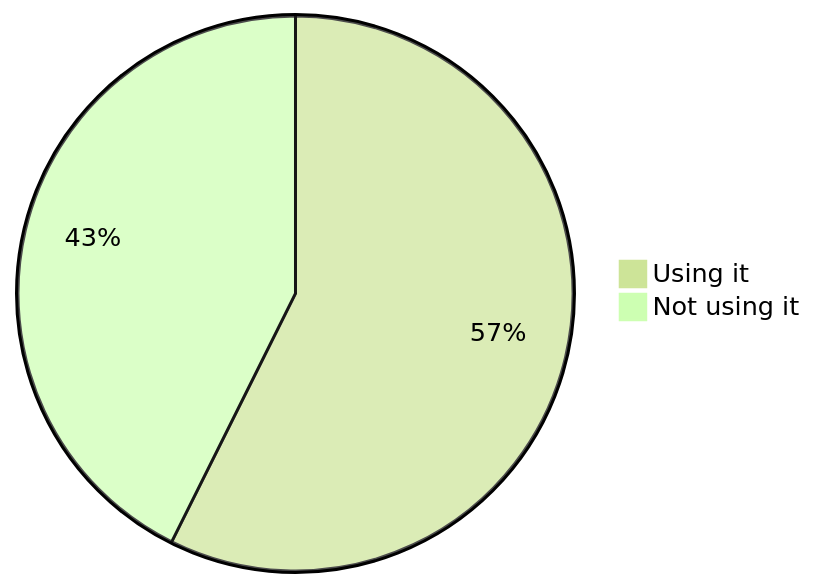
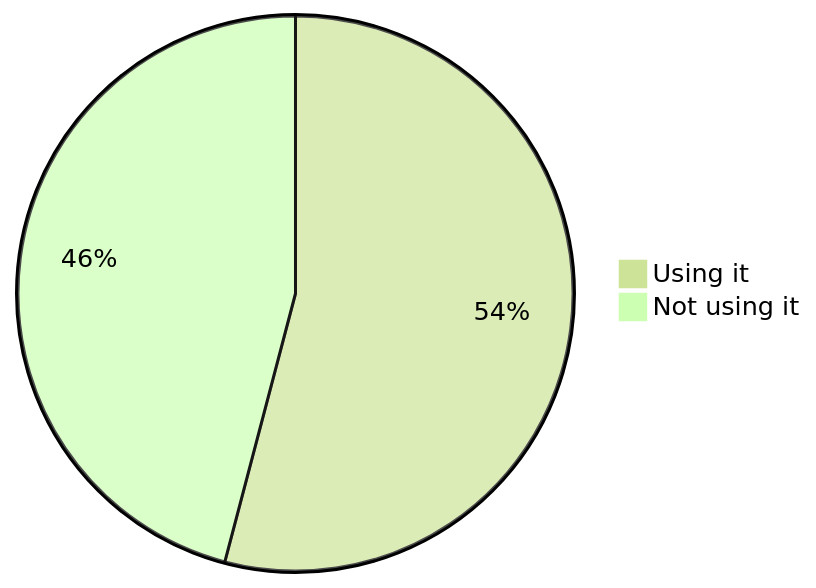
Before and after one commit to oshp/oshp-stats: the second of 22 diagrams in stats.md, drawn with Mermaid (forest theme). The commit also changed other lines of this file, not shown here.

````diff
--- a/stats.md
+++ b/stats.md
@@ -22,6 +22,6 @@
 ```mermaid
 pie
-	"Using it" : 57.36
-	"Not using it" : 42.64
+	"Using it" : 54.1
+	"Not using it" : 45.9
 
 ```
````
